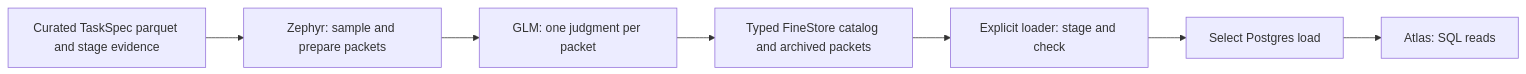
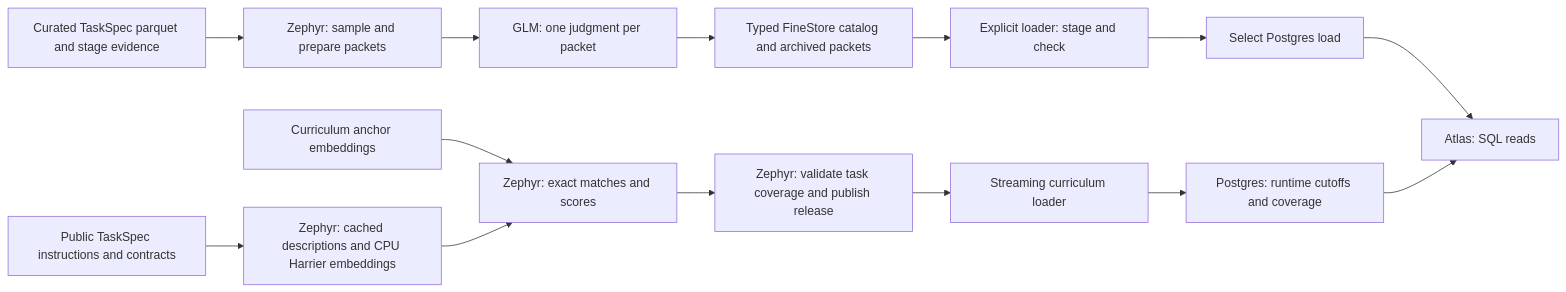
One commit to marin-community/marin changed the diagram in docs/references/rl-data-atlas.md. Above: the diagram before and after it, drawn with Mermaid. The commit also changed other lines of this file and 10 other files, not shown here.

First line of the commit message:
[atlas] Add curriculum coverage with runtime score cutoffs

````diff
--- a/docs/references/rl-data-atlas.md
+++ b/docs/references/rl-data-atlas.md
@@ -13,9 +17,16 @@
 ```mermaid
 flowchart LR
   C[Curated TaskSpec parquet and stage evidence] --> P[Zephyr: sample and prepare packets]
   P --> G[GLM: one judgment per packet]
   G --> K[Typed FineStore catalog and archived packets]
   K --> L[Explicit loader: stage and check]
   L --> D[Select Postgres load]
   D --> A[Atlas: SQL reads]
+  T[Public TaskSpec instructions and contracts] --> E[Zephyr: cached descriptions and CPU Harrier embeddings]
+  H[Curriculum anchor embeddings] --> M[Zephyr: exact matches and scores]
+  E --> M
+  M --> R[Zephyr: validate task coverage and publish release]
+  R --> CL[Streaming curriculum loader]
+  CL --> CA[Postgres: runtime cutoffs and coverage]
+  CA --> A
 ```
````
